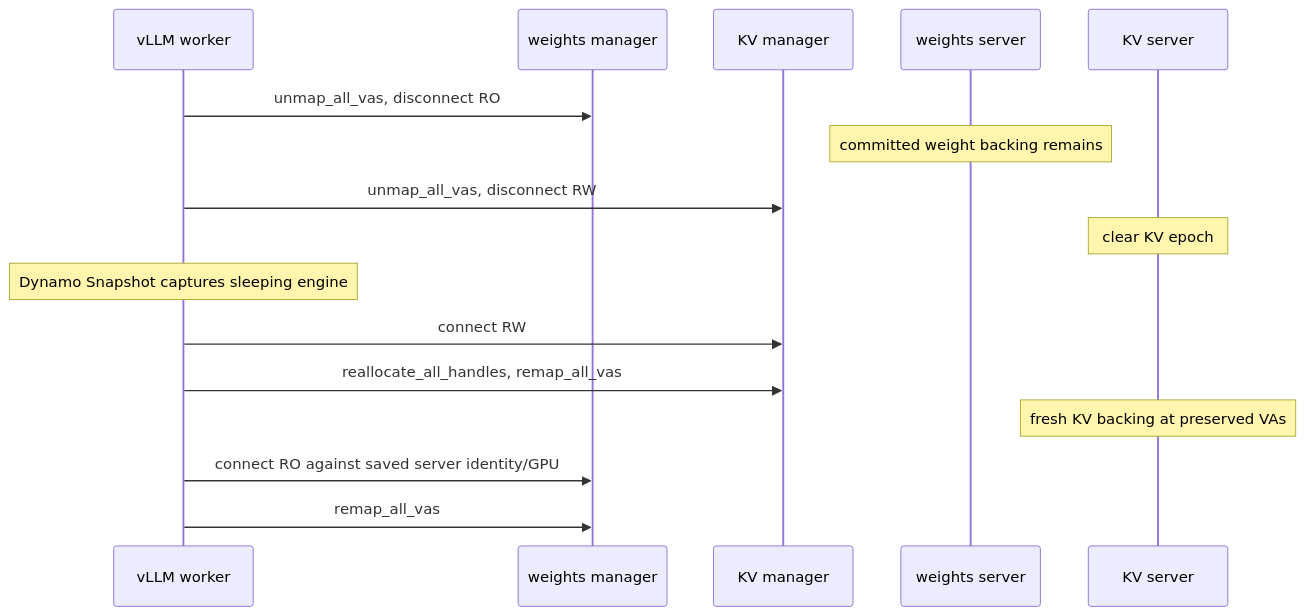
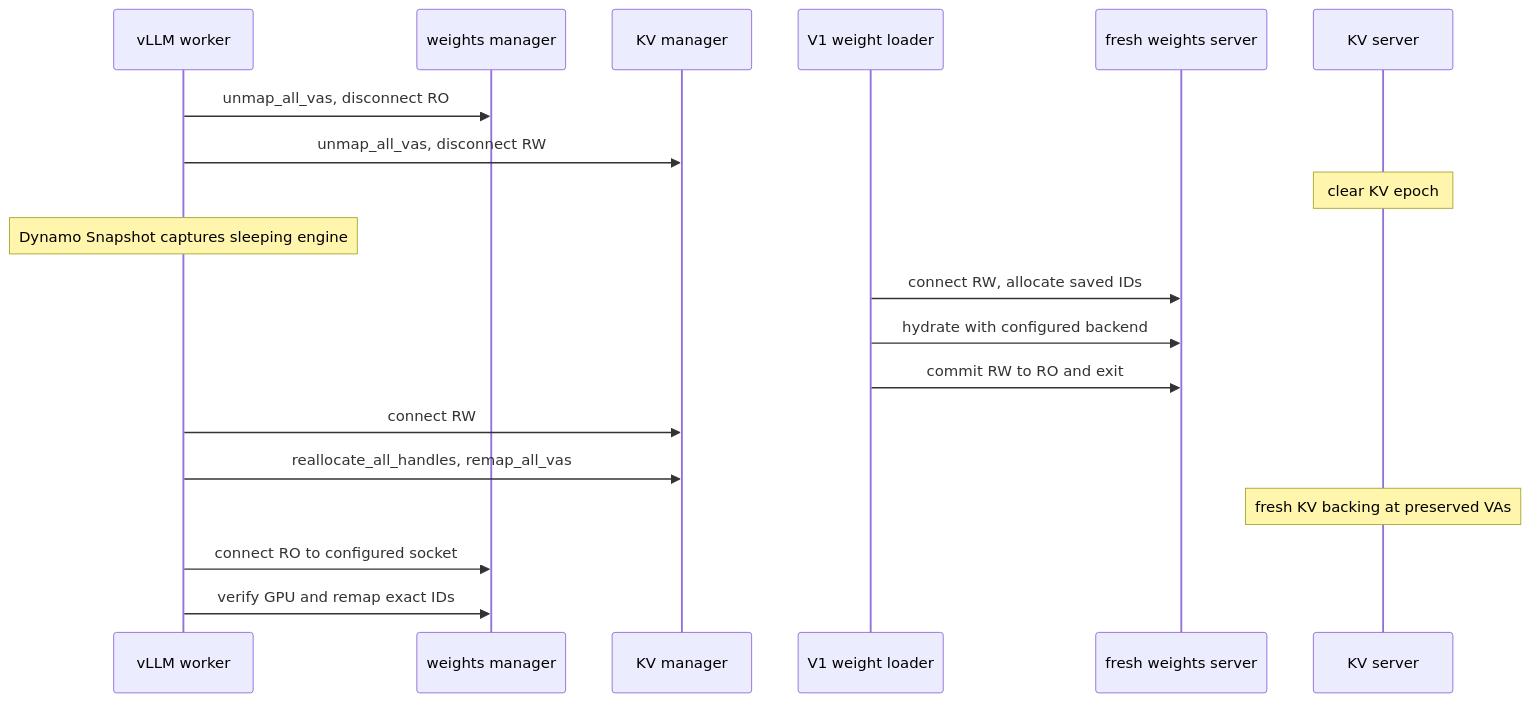
One commit to shalinkpatel/dynamo changed the diagram in lib/gpu_memory_service/v1/README.md. Above: the diagram before and after it, drawn with Mermaid. The commit also changed other lines of this file and 11 other files, not shown here.

Commit message:
feat(gms): add v1 exact-id weight artifacts

````diff
--- a/lib/gpu_memory_service/v1/README.md
+++ b/lib/gpu_memory_service/v1/README.md
@@ -121,20 +148,23 @@
 ```mermaid
 sequenceDiagram
     participant W as vLLM worker
     participant WM as weights manager
     participant KM as KV manager
-    participant WS as weights server
+    participant L as V1 weight loader
+    participant WS as fresh weights server
     participant KS as KV server
 
     W->>WM: unmap_all_vas, disconnect RO
-    Note over WS: committed weight backing remains
     W->>KM: unmap_all_vas, disconnect RW
     Note over KS: clear KV epoch
     Note over W: Dynamo Snapshot captures sleeping engine
 
+    L->>WS: connect RW, allocate saved IDs
+    L->>WS: hydrate with configured backend
+    L->>WS: commit RW to RO and exit
     W->>KM: connect RW
     W->>KM: reallocate_all_handles, remap_all_vas
     Note over KS: fresh KV backing at preserved VAs
-    W->>WM: connect RO against saved server identity/GPU
-    W->>WM: remap_all_vas
+    W->>WM: connect RO to configured socket
+    W->>WM: verify GPU and remap exact IDs
 ```
````
